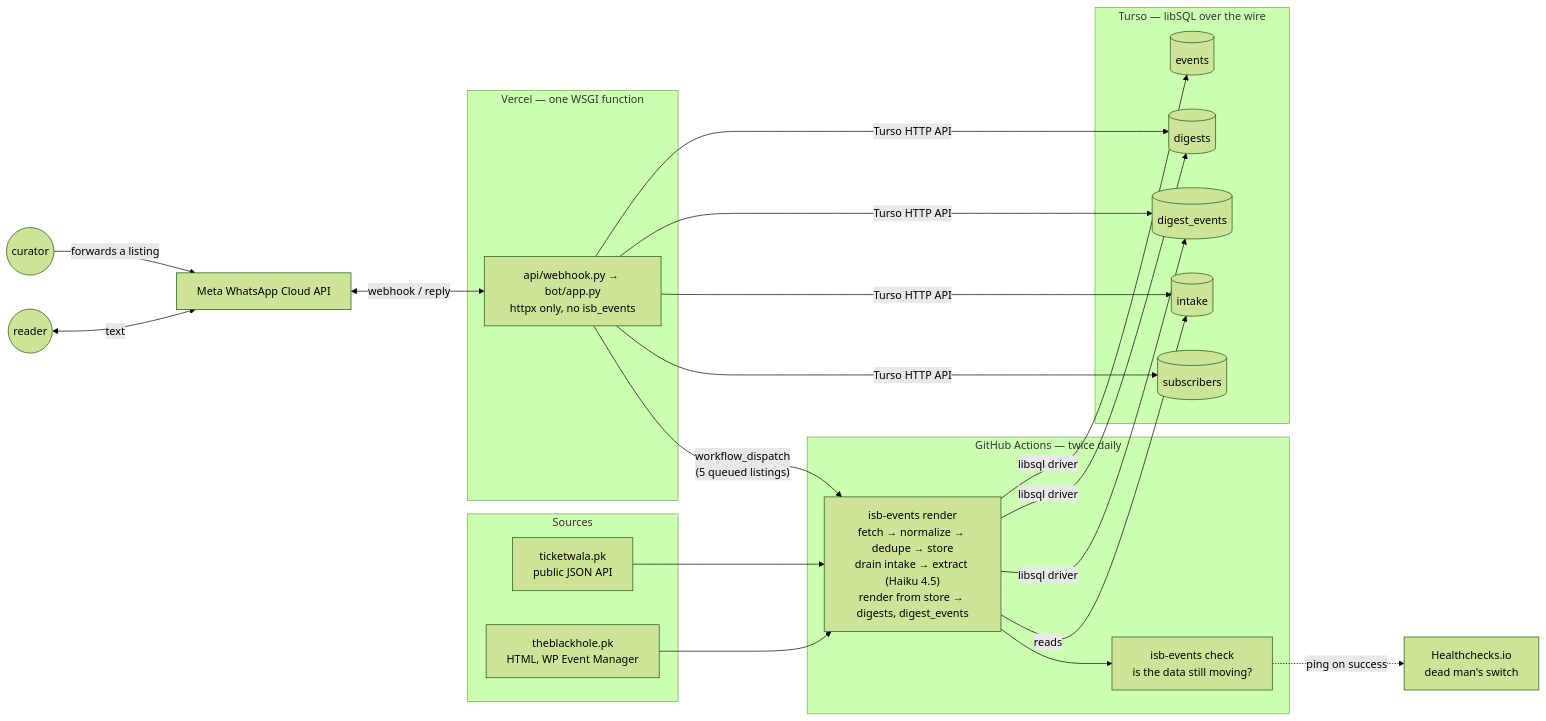
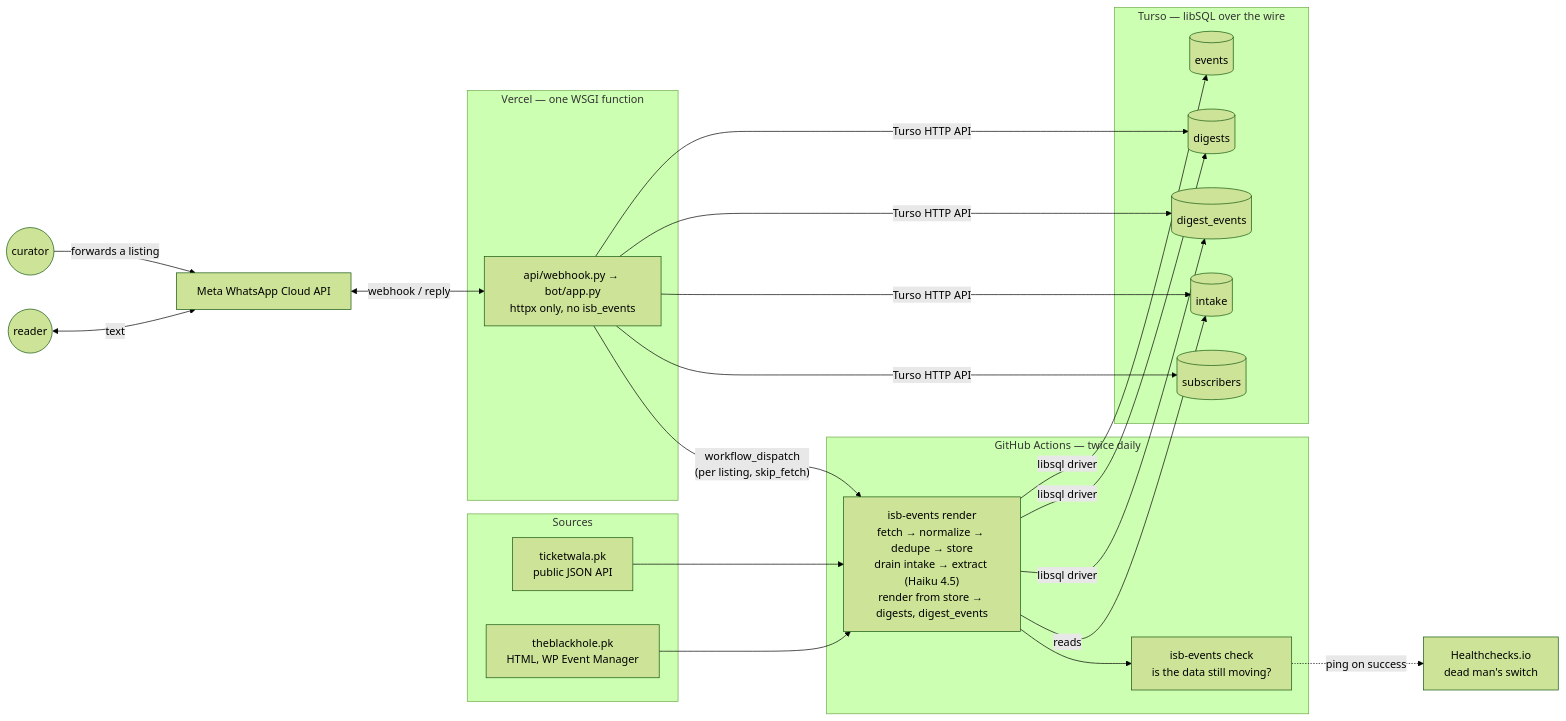
Before and after one commit to HarisNaveed17/bread_n_circus: the first of 5 diagrams in architecture-v1.md, drawn with Mermaid (forest theme). The commit also changed other lines of this file and 9 other files, not shown here.

````diff
--- a/architecture-v1.md
+++ b/architecture-v1.md
@@ -21,40 +21,40 @@
 ```mermaid
 flowchart LR
     subgraph sources [Sources]
         BH[theblackhole.pk<br/>HTML, WP Event Manager]
         TW[ticketwala.pk<br/>public JSON API]
     end
 
     subgraph gha [GitHub Actions — twice daily]
         P["isb-events render<br/>fetch → normalize → dedupe → store<br/>drain intake → extract (Haiku 4.5)<br/>render from store → digests, digest_events"]
         C["isb-events check<br/>is the data still moving?"]
         P --> C
     end
 
     subgraph turso [Turso — libSQL over the wire]
         E[(events)]
         D[(digests)]
         DE[(digest_events)]
         I[(intake)]
         S[(subscribers)]
     end
 
     subgraph vercel [Vercel — one WSGI function]
         W["api/webhook.py → bot/app.py<br/>httpx only, no isb_events"]
     end
 
     META[Meta WhatsApp Cloud API]
     R((reader))
     CU((curator))
     HB[Healthchecks.io<br/>dead man's switch]
 
     BH --> P
     TW --> P
     P -- libsql driver --> E & D & DE
     P -- reads --> I
     C -. ping on success .-> HB
     W -- Turso HTTP API --> DE & D & S & I
-    W -- "workflow_dispatch<br/>(5 queued listings)" --> P
+    W -- "workflow_dispatch<br/>(per listing, skip_fetch)" --> P
     R <-- text --> META <-- webhook / reply --> W
     CU -- forwards a listing --> META
 ```
````
